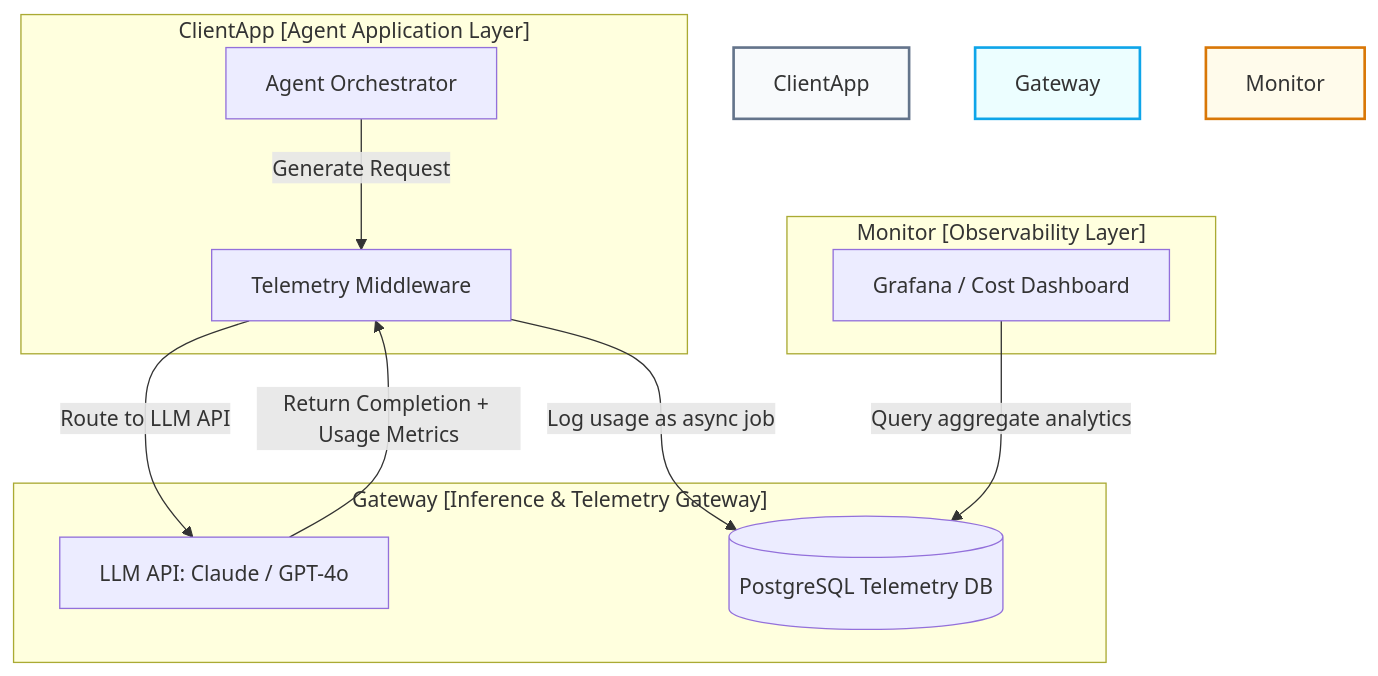
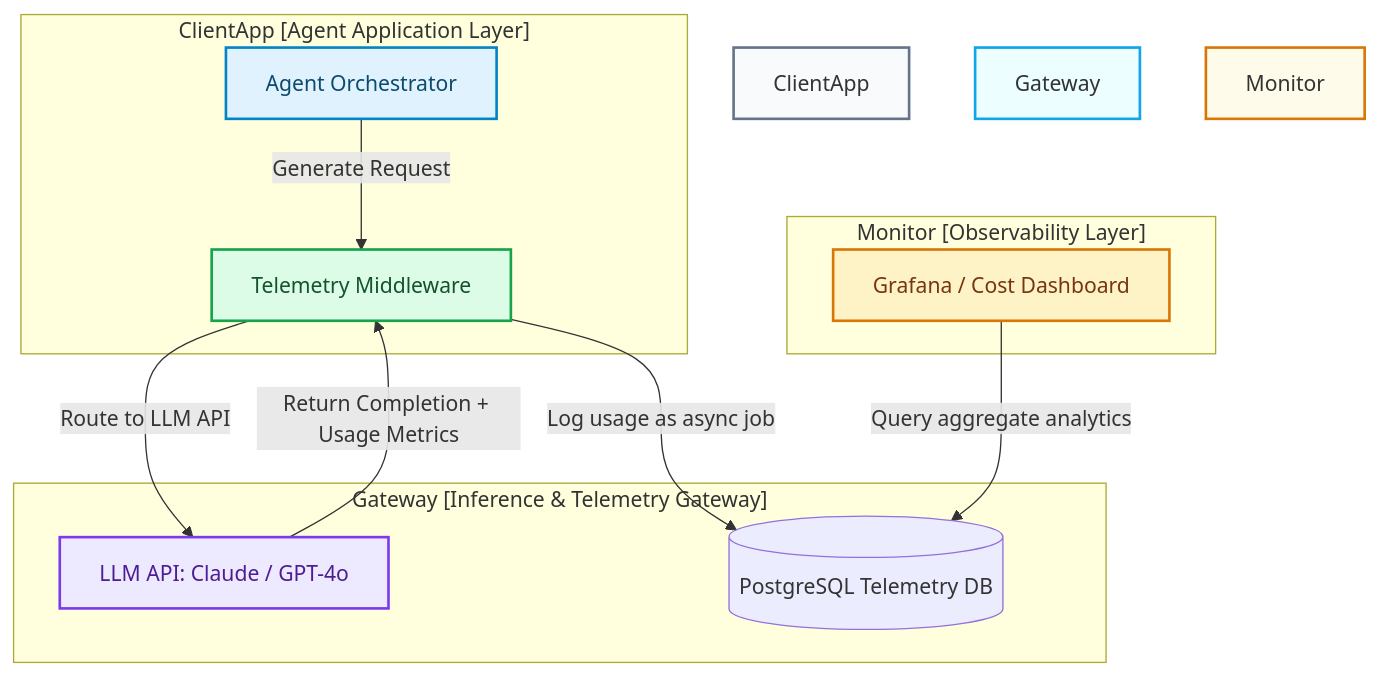
The diagram in blog/posts/token-economics-cost-latency-dashboards.md (akmalkhaniub/akmalkhaniub.github.io), drawn with Mermaid before and after one commit. The commit also changed other lines of this file and 1291 other files, not shown here.

First line of the commit message:
feat(catalog): unique covers, scholarly references, and diagram palettes

````diff
--- a/blog/posts/token-economics-cost-latency-dashboards.md
+++ b/blog/posts/token-economics-cost-latency-dashboards.md
@@ -18,20 +18,30 @@
 ```mermaid
 flowchart TD
     subgraph SG1_ClientappAgentApplication ["ClientApp [Agent Application Layer]"]
-        Agent[Agent Orchestrator] -->|Generate Request| MW[Telemetry Middleware]
+        Agent["Agent Orchestrator"] -->|Generate Request| MW["Telemetry Middleware"]
     end
 
     subgraph SG2_GatewayInferenceTelemetry ["Gateway [Inference & Telemetry Gateway]"]
-        MW -->|Route to LLM API| LLM[LLM API: Claude / GPT-4o]
+        MW -->|Route to LLM API| LLM["LLM API: Claude / GPT-4o"]
         LLM -->|Return Completion + Usage Metrics| MW
         MW -->|Log usage as async job| DB[(PostgreSQL Telemetry DB)]
     end
 
     subgraph SG3_MonitorObservabilityLayer ["Monitor [Observability Layer]"]
-        Dash[Grafana / Cost Dashboard] -->|Query aggregate analytics| DB
+        Dash["Grafana / Cost Dashboard"] -->|Query aggregate analytics| DB
     end
 
     style ClientApp fill:#f8fafc,stroke:#64748b,stroke-width:2px
     style Gateway fill:#ecfeff,stroke:#0ea5e9,stroke-width:2px
     style Monitor fill:#fffbeb,stroke:#d97706,stroke-width:2px
+
+classDef green fill:#dcfce7,stroke:#16a34a,stroke-width:2px,color:#14532d;
+classDef red fill:#fee2e2,stroke:#dc2626,stroke-width:2px,color:#7f1d1d;
+classDef blue fill:#e0f2fe,stroke:#0284c7,stroke-width:2px,color:#0c4a6e;
+classDef yellow fill:#fef3c7,stroke:#d97706,stroke-width:2px,color:#78350f;
+classDef purple fill:#ede9fe,stroke:#7c3aed,stroke-width:2px,color:#4c1d95;
+class Agent blue
+class MW green
+class LLM purple
+class Dash yellow
 ```
````
